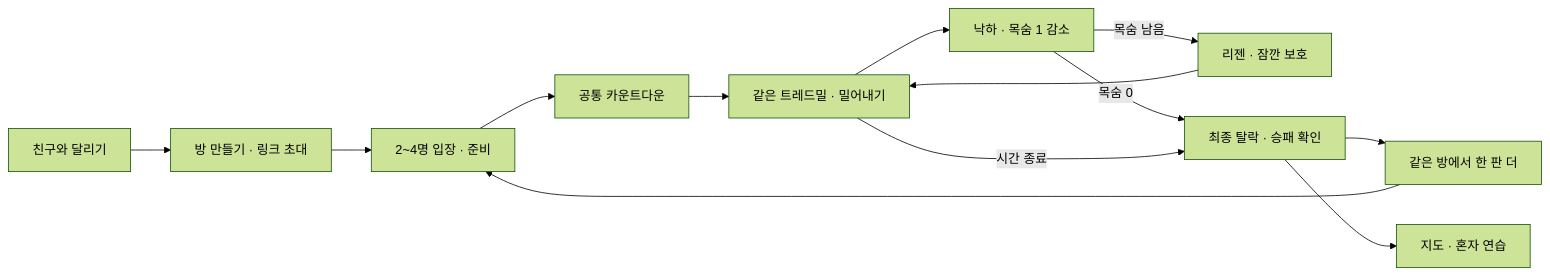
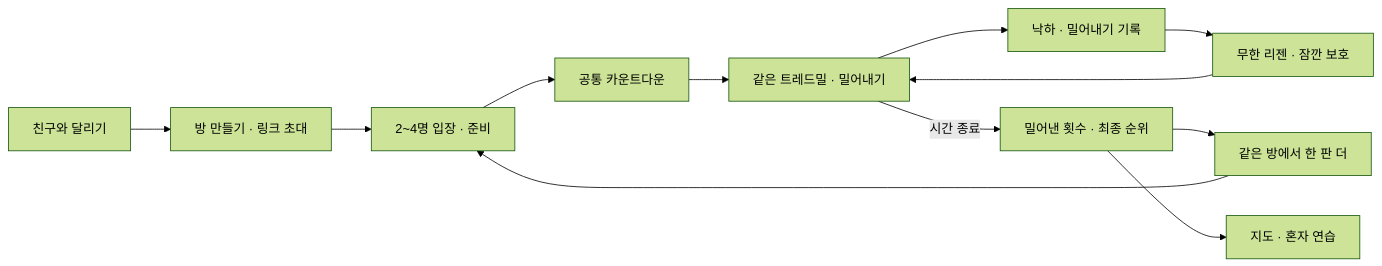
One commit to hojune0330/TRAINORACLE changed the diagram in docs/handoff/minigame/FRIEND_RACE_PLAN.md. Above: the diagram before and after it, drawn with Mermaid (forest theme). The commit also changed other lines of this file and 3 other files, not shown here.

````diff
--- a/docs/handoff/minigame/FRIEND_RACE_PLAN.md
+++ b/docs/handoff/minigame/FRIEND_RACE_PLAN.md
@@ -33,15 +35,14 @@
 ```mermaid
 flowchart LR
   A[친구와 달리기] --> B[방 만들기 · 링크 초대]
   B --> C[2~4명 입장 · 준비]
   C --> D[공통 카운트다운]
   D --> E[같은 트레드밀 · 밀어내기]
-  E --> R[낙하 · 목숨 1 감소]
-  R -->|목숨 남음| S[리젠 · 잠깐 보호]
+  E --> R[낙하 · 밀어내기 기록]
+  R --> S[무한 리젠 · 잠깐 보호]
   S --> E
-  R -->|목숨 0| F[최종 탈락 · 승패 확인]
-  E -->|시간 종료| F
+  E -->|시간 종료| F[밀어낸 횟수 · 최종 순위]
   F --> G[같은 방에서 한 판 더]
   G --> C
   F --> H[지도 · 혼자 연습]
 ```
````
